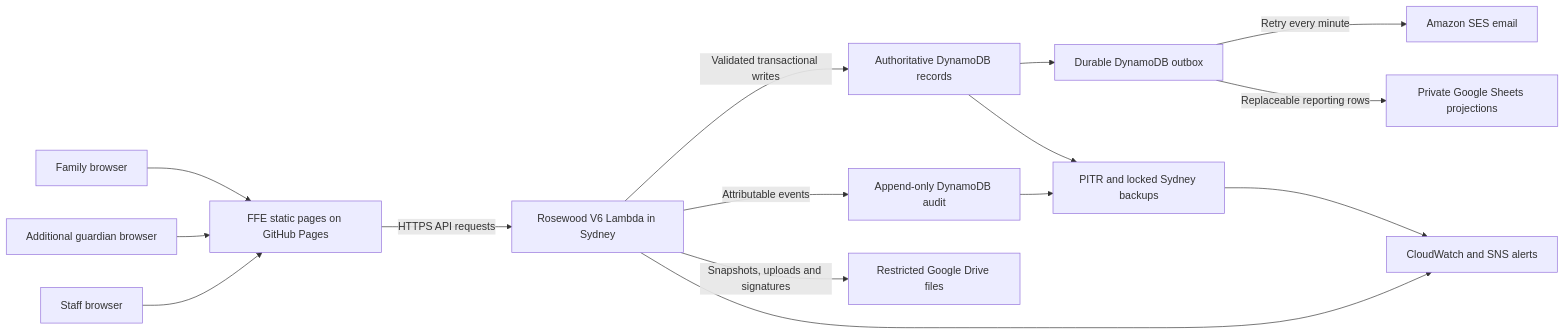
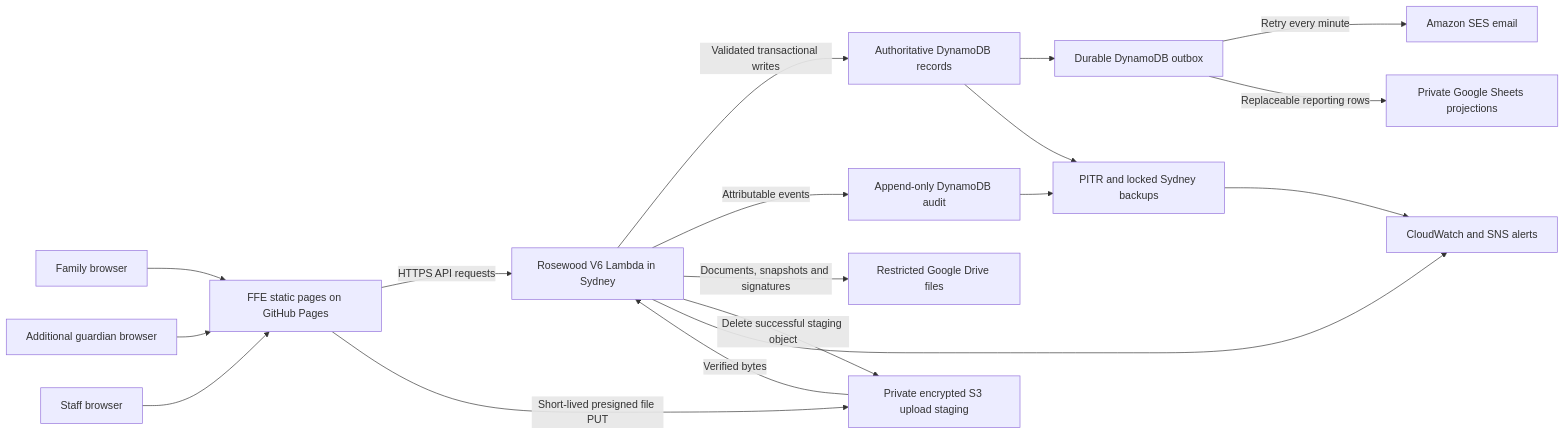
The first of 13 diagrams in Rosewood enrolment/v6/DATA-PROCESS-MAP.md (Martin-Reinoso/independentschoolwest), drawn with Mermaid before and after one commit. The commit also changed other lines of this file and 22 other files, not shown here.

````diff
--- a/Rosewood enrolment/v6/DATA-PROCESS-MAP.md
+++ b/Rosewood enrolment/v6/DATA-PROCESS-MAP.md
@@ -50,31 +50,35 @@
 ```mermaid
 flowchart LR
     Family["Family browser"]
     Guardian["Additional guardian browser"]
     Staff["Staff browser"]
     Pages["FFE static pages on GitHub Pages"]
     Lambda["Rosewood V6 Lambda in Sydney"]
     MainDB["Authoritative DynamoDB records"]
     AuditDB["Append-only DynamoDB audit"]
+    Staging["Private encrypted S3 upload staging"]
     Drive["Restricted Google Drive files"]
     Outbox["Durable DynamoDB outbox"]
     SES["Amazon SES email"]
     Sheets["Private Google Sheets projections"]
     Backup["PITR and locked Sydney backups"]
     Alerts["CloudWatch and SNS alerts"]
 
     Family --> Pages
     Guardian --> Pages
     Staff --> Pages
     Pages -->|"HTTPS API requests"| Lambda
+    Pages -->|"Short-lived presigned file PUT"| Staging
     Lambda -->|"Validated transactional writes"| MainDB
     Lambda -->|"Attributable events"| AuditDB
-    Lambda -->|"Snapshots, uploads and signatures"| Drive
+    Staging -->|"Verified bytes"| Lambda
+    Lambda -->|"Documents, snapshots and signatures"| Drive
+    Lambda -->|"Delete successful staging object"| Staging
     MainDB --> Outbox
     Outbox -->|"Retry every minute"| SES
     Outbox -->|"Replaceable reporting rows"| Sheets
     MainDB --> Backup
     AuditDB --> Backup
     Lambda --> Alerts
     Backup --> Alerts
 ```
````
